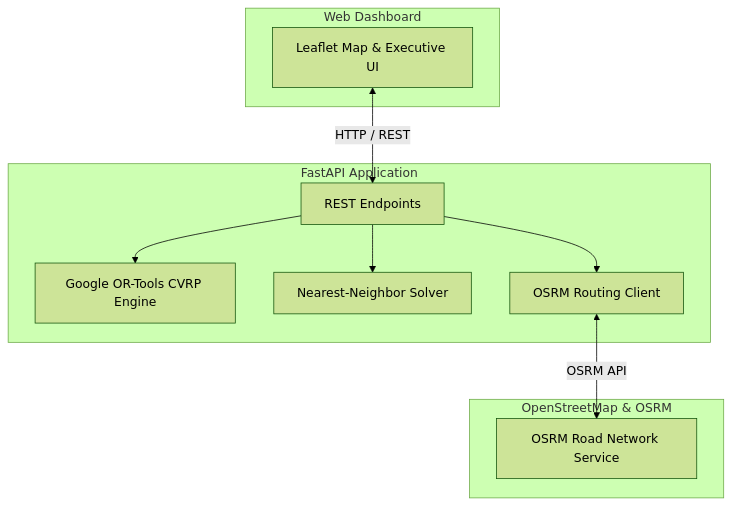
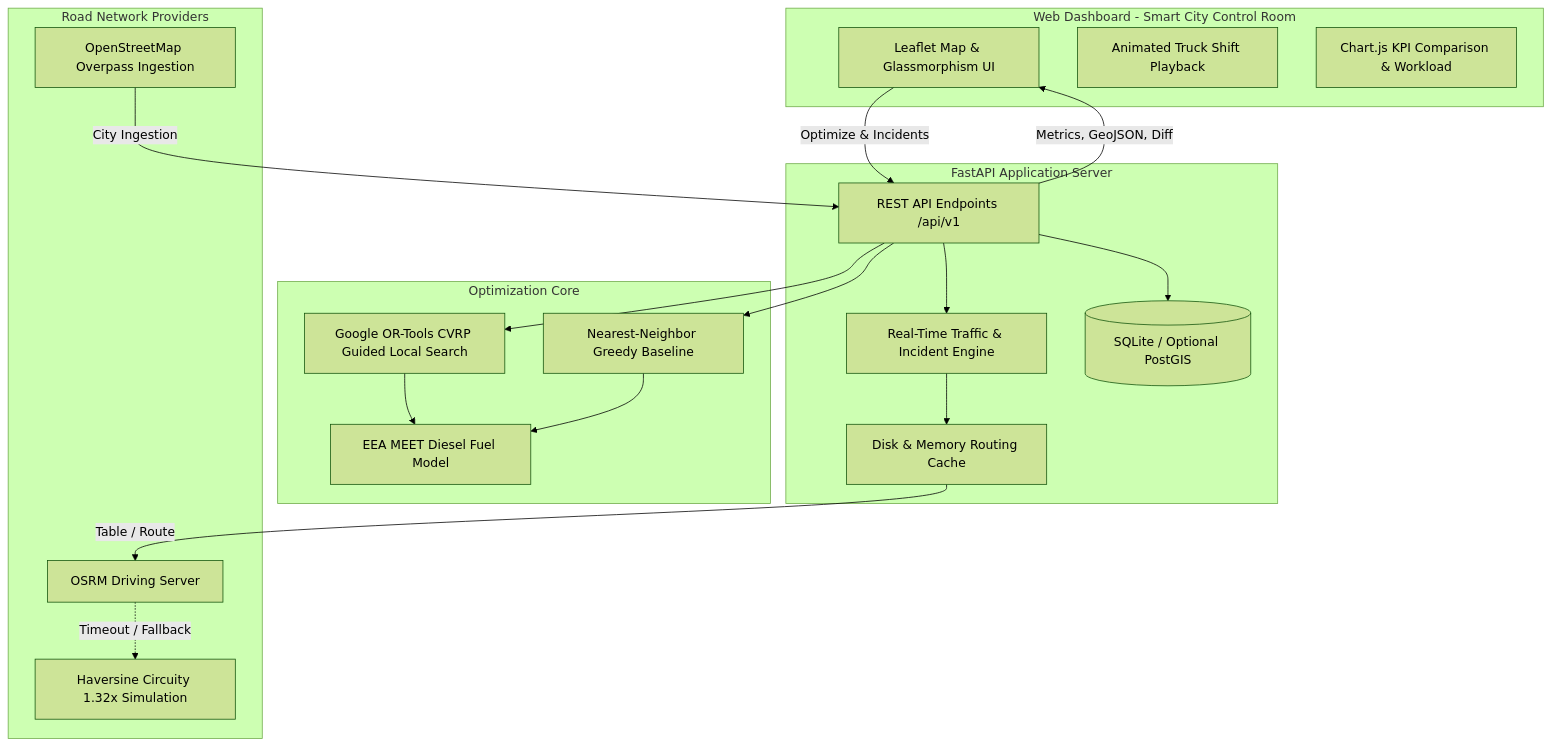
Before and after one commit to me13krishna/WasteCollectionRoute: the diagram in README.md, drawn with Mermaid (forest theme). The commit also changed other lines of this file and 26 other files, not shown here.

Commit message:
feat: complete Phase 1, 2, and 3 for EcoRoute AI (Pune Smart City CVRP platform)

````diff
--- a/README.md
+++ b/README.md
@@ -97,23 +53,40 @@
 ```mermaid
-flowchart TB
-    subgraph Client [Web Dashboard]
-        UI[Leaflet Map & Executive UI]
+flowchart TD
+    subgraph Client [Web Dashboard - Smart City Control Room]
+        UI[Leaflet Map & Glassmorphism UI]
+        Sim[Animated Truck Shift Playback]
+        Analytics[Chart.js KPI Comparison & Workload]
     end
 
-    subgraph Backend [FastAPI Application]
-        API[REST Endpoints]
-        Solver[Google OR-Tools CVRP Engine]
-        Baseline[Nearest-Neighbor Solver]
-        Matrix[OSRM Routing Client]
+    subgraph Backend [FastAPI Application Server]
+        API[REST API Endpoints /api/v1]
+        Traffic[Real-Time Traffic & Incident Engine]
+        Cache[Disk & Memory Routing Cache]
+        DB[(SQLite / Optional PostGIS)]
     end
 
-    subgraph External [OpenStreetMap & OSRM]
-        OSRM_SRV[OSRM Road Network Service]
+    subgraph Optimization [Optimization Core]
+        OR[Google OR-Tools CVRP Guided Local Search]
+        Base[Nearest-Neighbor Greedy Baseline]
+        Fuel[EEA MEET Diesel Fuel Model]
     end
 
-    UI <-->|HTTP / REST| API
-    API --> Solver
-    API --> Baseline
-    API --> Matrix
-    Matrix <-->|OSRM API| OSRM_SRV
+    subgraph Routing [Road Network Providers]
+        OSRM[OSRM Driving Server]
+        Fallback[Haversine Circuity 1.32x Simulation]
+        OSM[OpenStreetMap Overpass Ingestion]
+    end
+
+    UI -->|Optimize & Incidents| API
+    API --> Traffic
+    Traffic --> Cache
+    Cache -->|Table / Route| OSRM
+    OSRM -.->|Timeout / Fallback| Fallback
+    API --> OR
+    API --> Base
+    OR --> Fuel
+    Base --> Fuel
+    API --> DB
+    API -->|Metrics, GeoJSON, Diff| UI
+    OSM -->|City Ingestion| API
 ```
````
